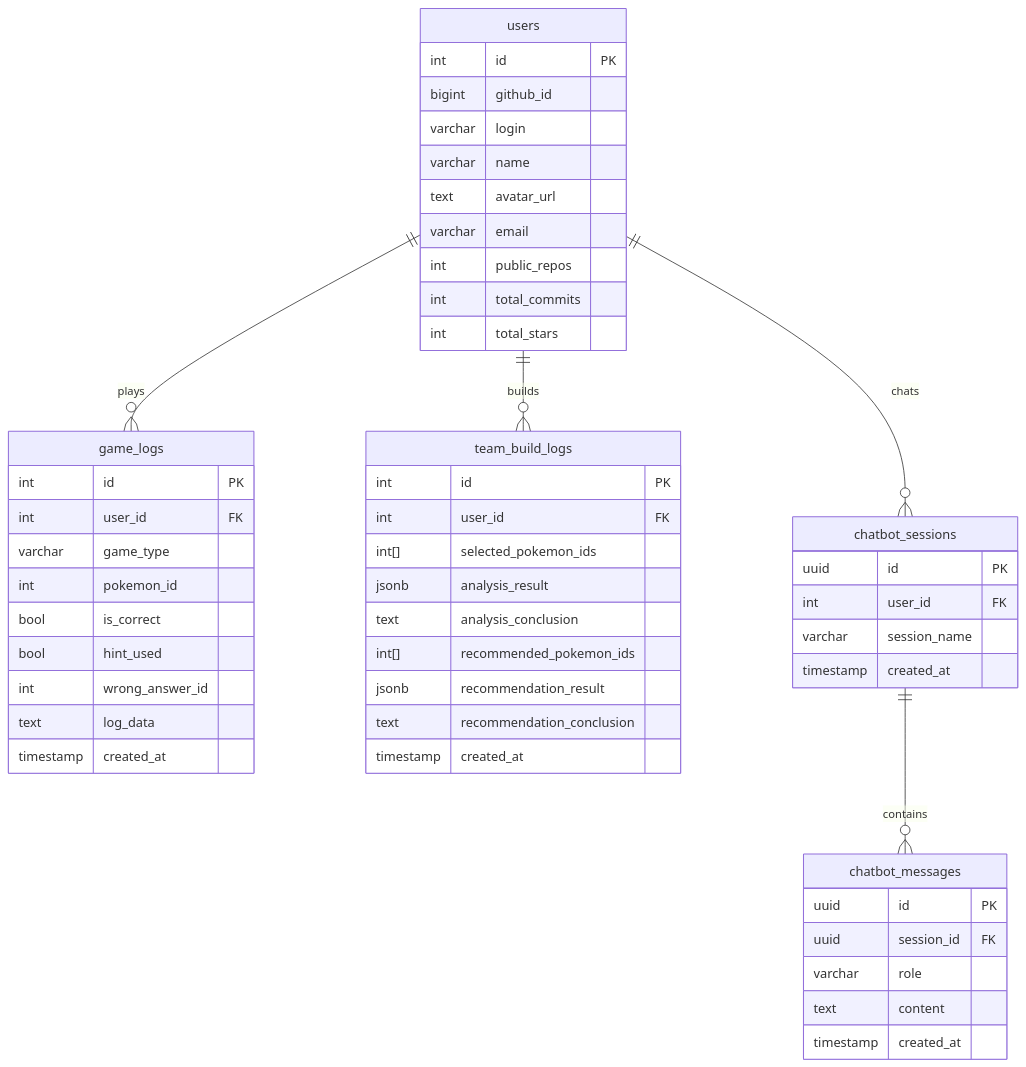
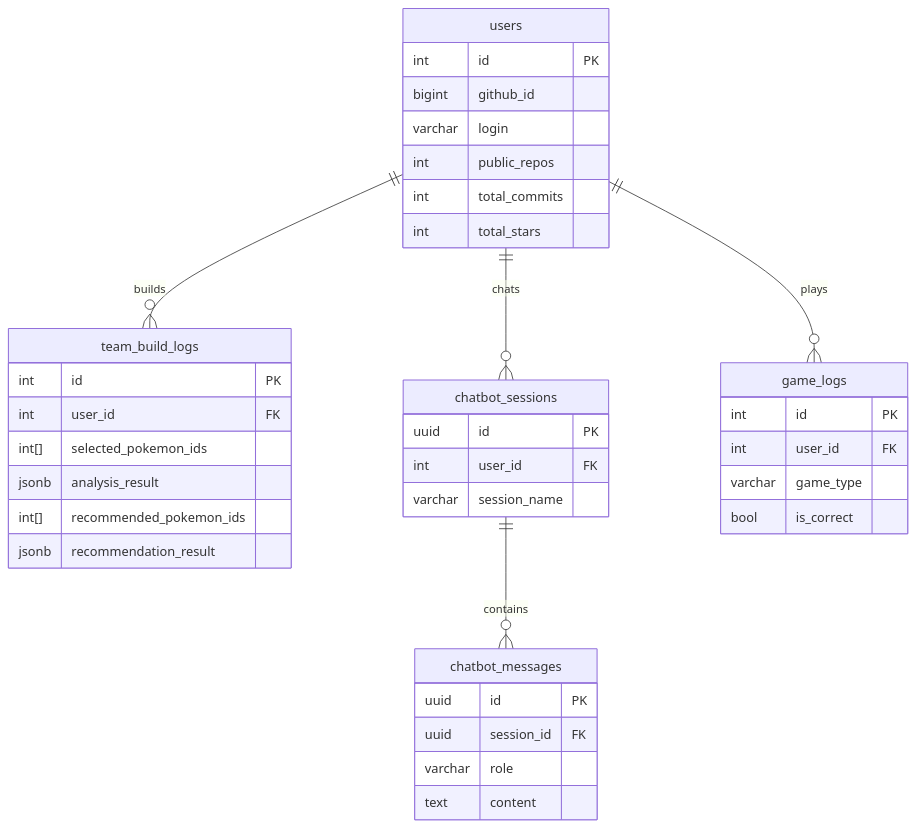
The second of 4 diagrams in README.md (SKNETWORKS-FAMILY-AICAMP/SKN27-3rd-3TEAM), drawn with Mermaid before and after one commit. The commit also changed other lines of this file and 8 other files, not shown here.

````diff
--- a/README.md
+++ b/README.md
@@ -213,58 +105,41 @@
 ```mermaid
 erDiagram
     users {
         int id PK
         bigint github_id
         varchar login
-        varchar name
-        text avatar_url
-        varchar email
         int public_repos
         int total_commits
         int total_stars
     }
-
-    game_logs {
-        int id PK
-        int user_id FK
-        varchar game_type
-        int pokemon_id
-        bool is_correct
-        bool hint_used
-        int wrong_answer_id
-        text log_data
-        timestamp created_at
-    }
-
     team_build_logs {
         int id PK
         int user_id FK
         int[] selected_pokemon_ids
         jsonb analysis_result
-        text analysis_conclusion
         int[] recommended_pokemon_ids
         jsonb recommendation_result
-        text recommendation_conclusion
-        timestamp created_at
     }
-
     chatbot_sessions {
         uuid id PK
         int user_id FK
         varchar session_name
-        timestamp created_at
     }
-
     chatbot_messages {
         uuid id PK
         uuid session_id FK
         varchar role
         text content
-        timestamp created_at
+    }
+    game_logs {
+        int id PK
+        int user_id FK
+        varchar game_type
+        bool is_correct
     }
 
-    users ||--o{ game_logs : "plays"
     users ||--o{ team_build_logs : "builds"
     users ||--o{ chatbot_sessions : "chats"
+    users ||--o{ game_logs : "plays"
     chatbot_sessions ||--o{ chatbot_messages : "contains"
 ```
````
